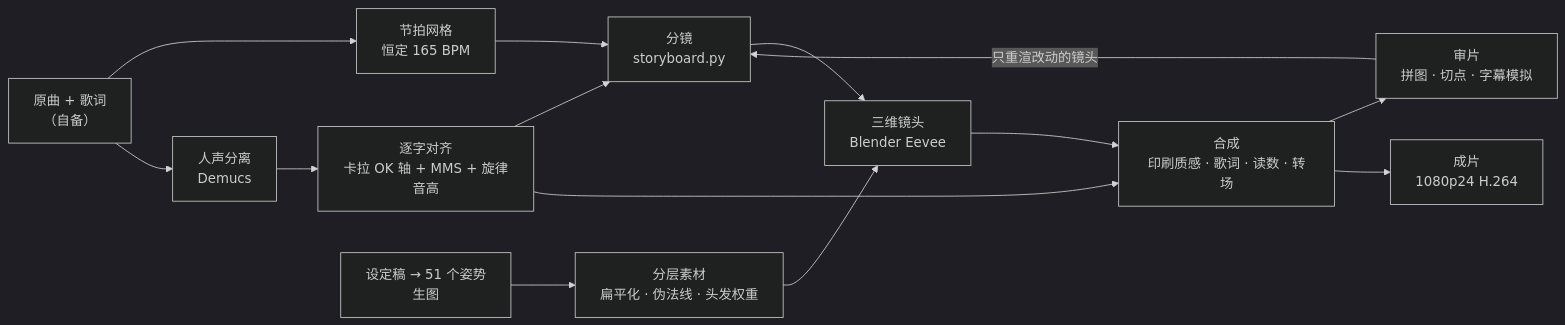
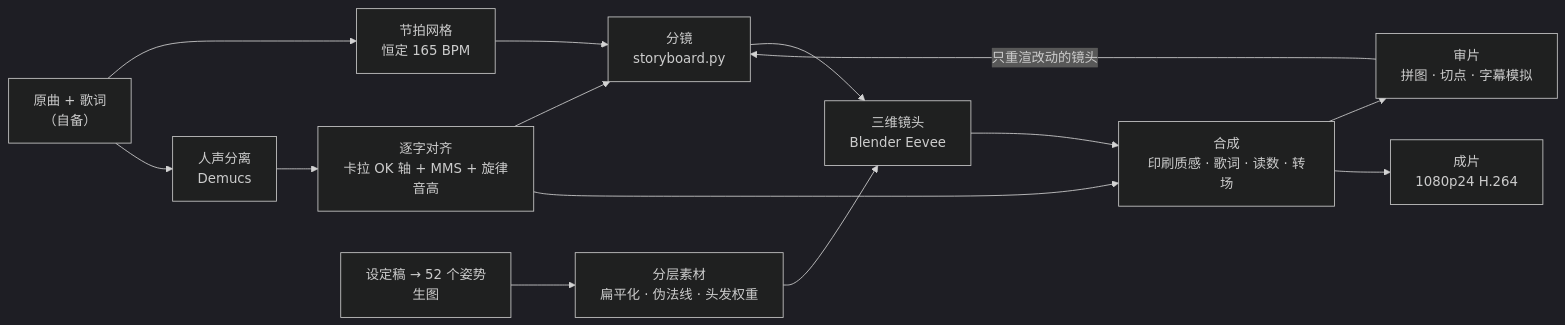
The diagram in README.md (RepressedAlliance/MeltDown), drawn with Mermaid (dark theme) before and after one commit. The commit also changed other lines of this file and 3 other files, not shown here.

````diff
--- a/README.md
+++ b/README.md
@@ -100,16 +101,16 @@
 ```mermaid
 flowchart LR
   A["原曲 + 歌词<br/>（自备）"] --> B["节拍网格<br/>恒定 165 BPM"]
   A --> C["人声分离<br/>Demucs"]
   C --> D["逐字对齐<br/>卡拉 OK 轴 + MMS + 旋律音高"]
-  E["设定稿 → 51 个姿势<br/>生图"] --> F["分层素材<br/>扁平化 · 伪法线 · 头发权重"]
+  E["设定稿 → 52 个姿势<br/>生图"] --> F["分层素材<br/>扁平化 · 伪法线 · 头发权重"]
   B --> G["分镜<br/>storyboard.py"]
   D --> G
   G --> H["三维镜头<br/>Blender Eevee"]
   F --> H
   H --> I["合成<br/>印刷质感 · 歌词 · 读数 · 转场"]
   D --> I
   I --> J["审片<br/>拼图 · 切点 · 字幕模拟"]
   J -- "只重渲改动的镜头" --> G
   I --> K["成片<br/>1080p24 H.264"]
 ```
````
